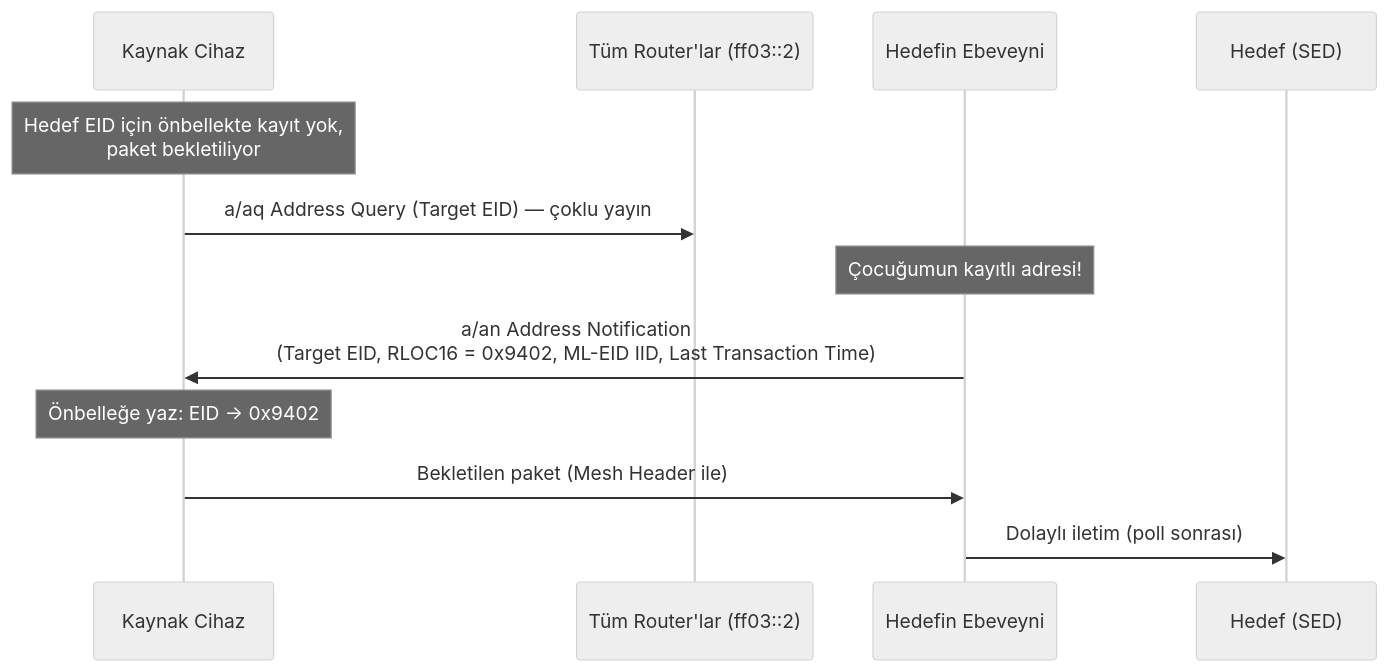
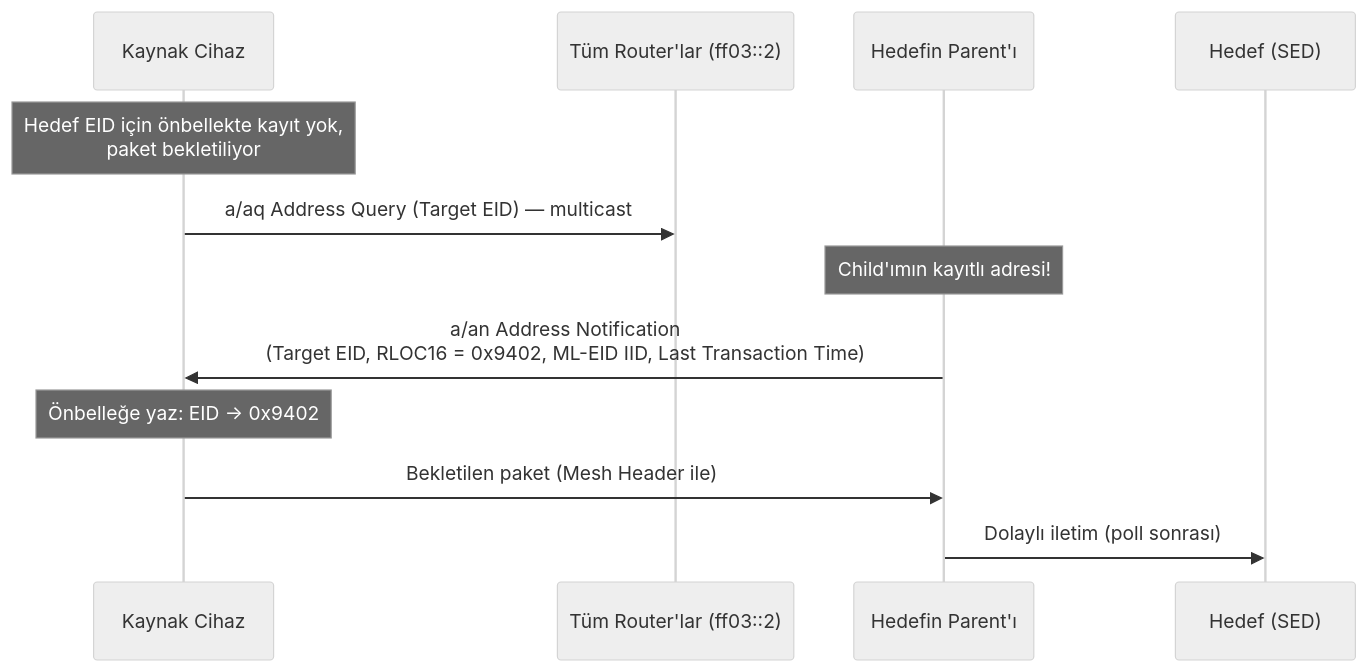
The diagram in bolumler/06-adresleme.md (Berkancelik/thread-architecture), drawn with Mermaid (neutral theme) before and after one commit. The commit also changed other lines of this file and 31 other files, not shown here.

````diff
--- a/bolumler/06-adresleme.md
+++ b/bolumler/06-adresleme.md
@@ -134,14 +134,14 @@
 ```mermaid
 sequenceDiagram
     participant S as Kaynak Cihaz
     participant R as Tüm Router'lar (ff03::2)
-    participant P as Hedefin Ebeveyni
+    participant P as Hedefin Parent'ı
     participant D as Hedef (SED)
     Note over S: Hedef EID için önbellekte kayıt yok,<br/>paket bekletiliyor
-    S->>R: a/aq Address Query (Target EID) — çoklu yayın
-    Note over P: Çocuğumun kayıtlı adresi!
+    S->>R: a/aq Address Query (Target EID) — multicast
+    Note over P: Child'ımın kayıtlı adresi!
     P->>S: a/an Address Notification<br/>(Target EID, RLOC16 = 0x9402, ML-EID IID, Last Transaction Time)
     Note over S: Önbelleğe yaz: EID → 0x9402
     S->>P: Bekletilen paket (Mesh Header ile)
     P->>D: Dolaylı iletim (poll sonrası)
 ```
````
